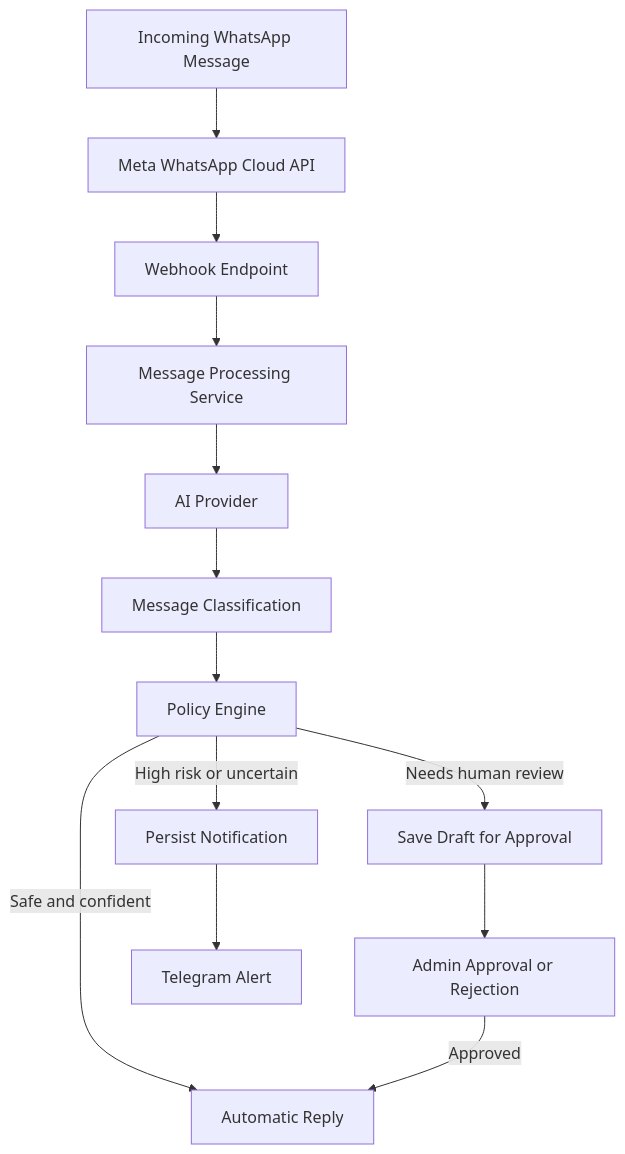
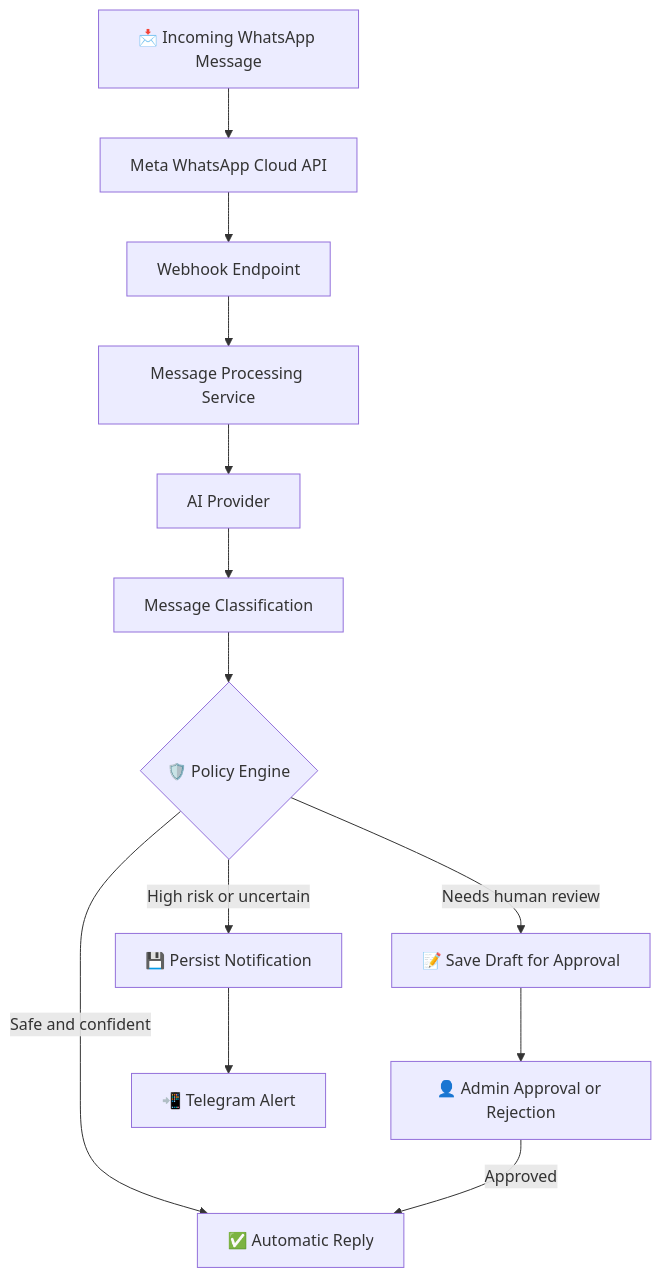
Before and after one commit to Robinishear/whatsapp-ai-assistant: the diagram in README.md, drawn with Mermaid. The commit also changed other lines of this file, not shown here.

````diff
--- a/README.md
+++ b/README.md
@@ -39,15 +57,15 @@
-``` mermaid
+```mermaid
 flowchart TD
-    A[Incoming WhatsApp Message] --> B[Meta WhatsApp Cloud API]
+    A[📩 Incoming WhatsApp Message] --> B[Meta WhatsApp Cloud API]
     B --> C[Webhook Endpoint]
     C --> D[Message Processing Service]
     D --> E[AI Provider]
     E --> F[Message Classification]
-    F --> G[Policy Engine]
-    G -->|Safe and confident| H[Automatic Reply]
-    G -->|Needs human review| I[Save Draft for Approval]
-    G -->|High risk or uncertain| J[Persist Notification]
-    I --> K[Admin Approval or Rejection]
-    J --> L[Telegram Alert]
+    F --> G{🛡️ Policy Engine}
+    G -->|Safe and confident| H[✅ Automatic Reply]
+    G -->|Needs human review| I[📝 Save Draft for Approval]
+    G -->|High risk or uncertain| J[💾 Persist Notification]
+    I --> K[👤 Admin Approval or Rejection]
+    J --> L[📲 Telegram Alert]
     K -->|Approved| H
 ```
````
